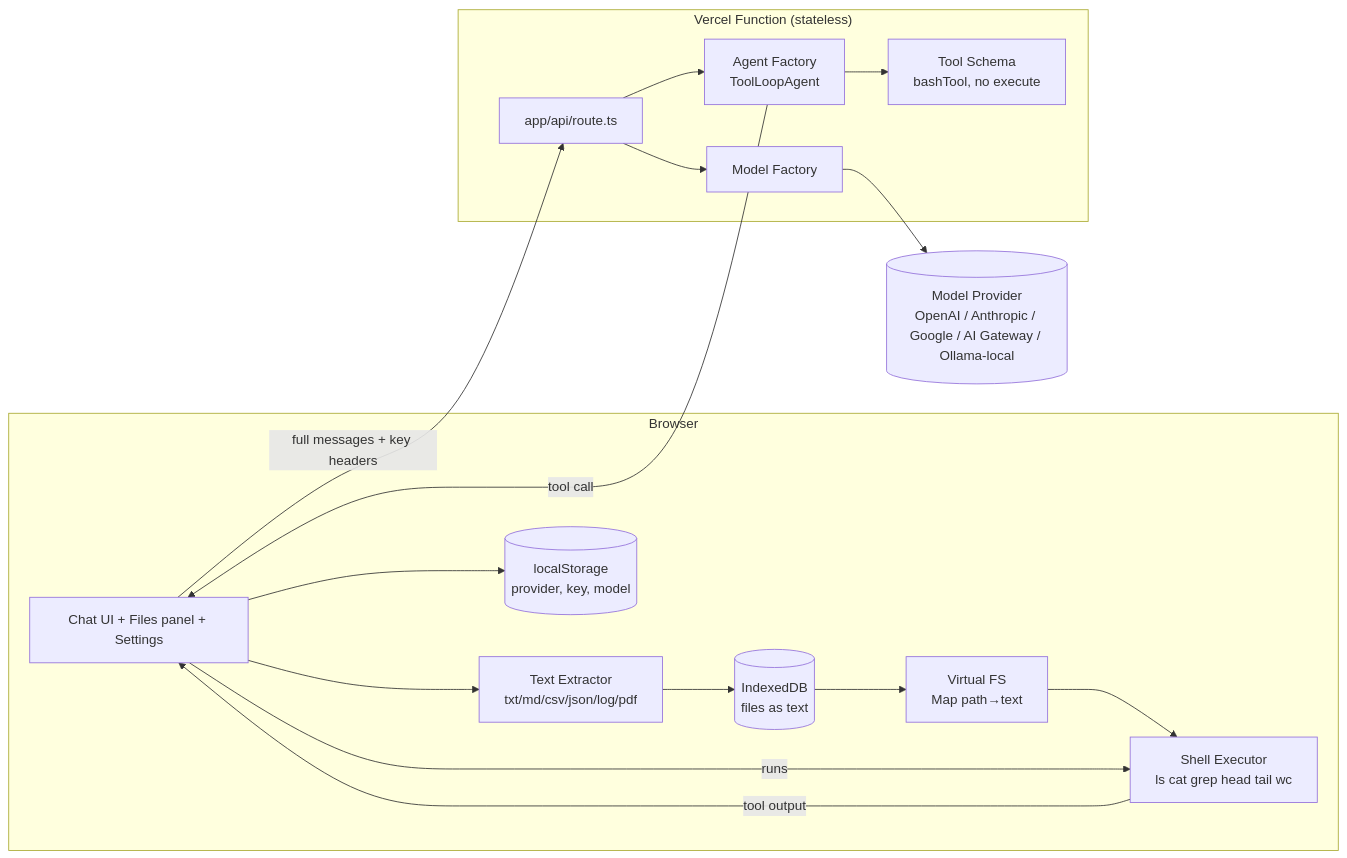
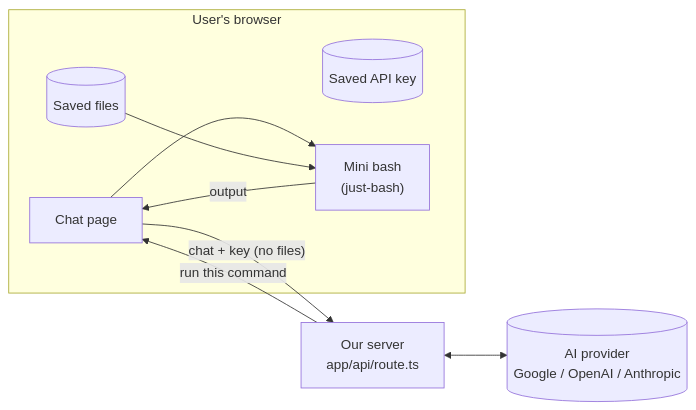
One commit to khushpanchal/filesystem-agent changed the second of 3 diagrams in docs/hld.md. Above: the diagram before and after it, drawn with Mermaid. The commit also changed other lines of this file and 3 other files, not shown here.

````diff
--- a/docs/hld.md
+++ b/docs/hld.md
@@ -40,28 +32,18 @@
 ```mermaid
 flowchart LR
-  subgraph Browser
-    UI["Chat UI + Files panel + Settings"]
-    EX["Text Extractor<br/>txt/md/csv/json/log/pdf"]
-    ST[("IndexedDB<br/>files as text")]
-    LS[("localStorage<br/>provider, key, model")]
-    VFS["Virtual FS<br/>Map path→text"]
-    SH["Shell Executor<br/>ls cat grep head tail wc"]
+  subgraph Browser["User's browser"]
+    UI["Chat page"]
+    FILES[("Saved files")]
+    KEY[("Saved API key")]
+    SH["Mini bash<br/>(just-bash)"]
   end
-  subgraph Vercel["Vercel Function (stateless)"]
-    RT["app/api/route.ts"]
-    MF["Model Factory"]
-    AF["Agent Factory<br/>ToolLoopAgent"]
-    TS["Tool Schema<br/>bashTool, no execute"]
-  end
-  P[("Model Provider<br/>OpenAI / Anthropic / Google / AI Gateway / Ollama-local")]
+  SV["Our server<br/>app/api/route.ts"]
+  AI[("AI provider<br/>Google / OpenAI / Anthropic")]
 
-  UI --> EX --> ST
-  UI --> LS
-  ST --> VFS --> SH
-  UI -- "full messages + key headers" --> RT
-  RT --> MF --> P
-  RT --> AF --> TS
-  AF -- "tool call" --> UI
-  UI -- runs --> SH
-  SH -- "tool output" --> UI
+  UI -- "chat + key (no files)" --> SV
+  SV <--> AI
+  SV -- "run this command" --> UI
+  UI --> SH
+  FILES --> SH
+  SH -- "output" --> UI
 ```
````
